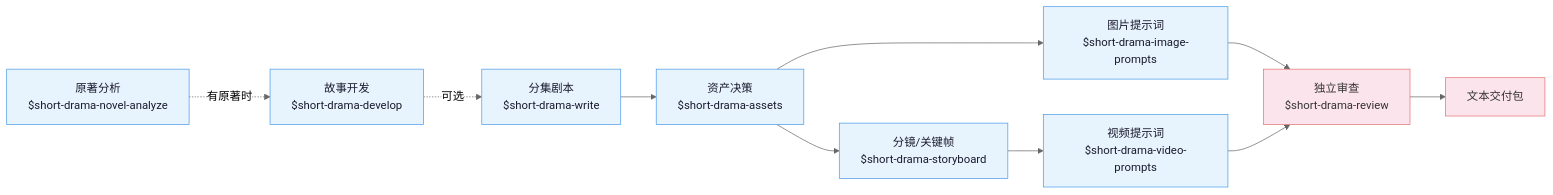
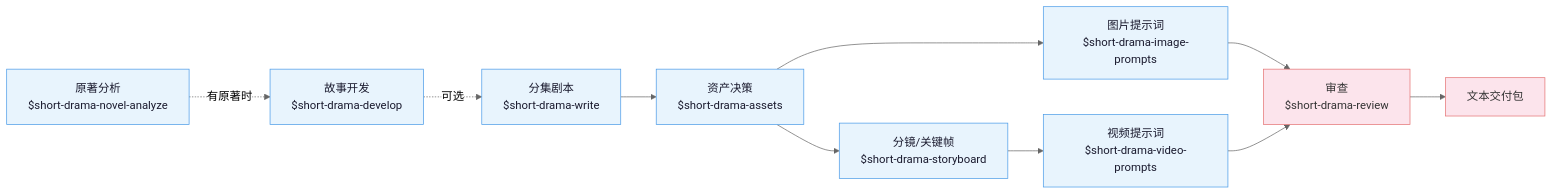
Before and after one commit to fxbin/drama-skills: the diagram in README.md, drawn with Mermaid (neutral theme). The commit also changed other lines of this file and 42 other files, not shown here.

````diff
--- a/README.md
+++ b/README.md
@@ -95,22 +95,22 @@
 ```mermaid
 flowchart LR
     classDef phase fill:#e8f4fd,color:#1a1a2e,stroke:#4a9be8,stroke-width:1px
     classDef final fill:#fce4ec,color:#333,stroke:#e57373,stroke-width:1px
 
     nva["原著分析<br/>$short-drama-novel-analyze"]:::phase
     dev["故事开发<br/>$short-drama-develop"]:::phase
     write["分集剧本<br/>$short-drama-write"]:::phase
     assets["资产决策<br/>$short-drama-assets"]:::phase
     img["图片提示词<br/>$short-drama-image-prompts"]:::phase
     sb["分镜/关键帧<br/>$short-drama-storyboard"]:::phase
     vid["视频提示词<br/>$short-drama-video-prompts"]:::phase
-    rev["独立审查<br/>$short-drama-review"]:::final
+    rev["审查<br/>$short-drama-review"]:::final
     pkg["文本交付包"]:::final
 
     nva -.有原著时.-> dev
     dev -.可选.-> write --> assets
     assets --> img
     assets --> sb --> vid
     img --> rev
     vid --> rev --> pkg
 ```
````
